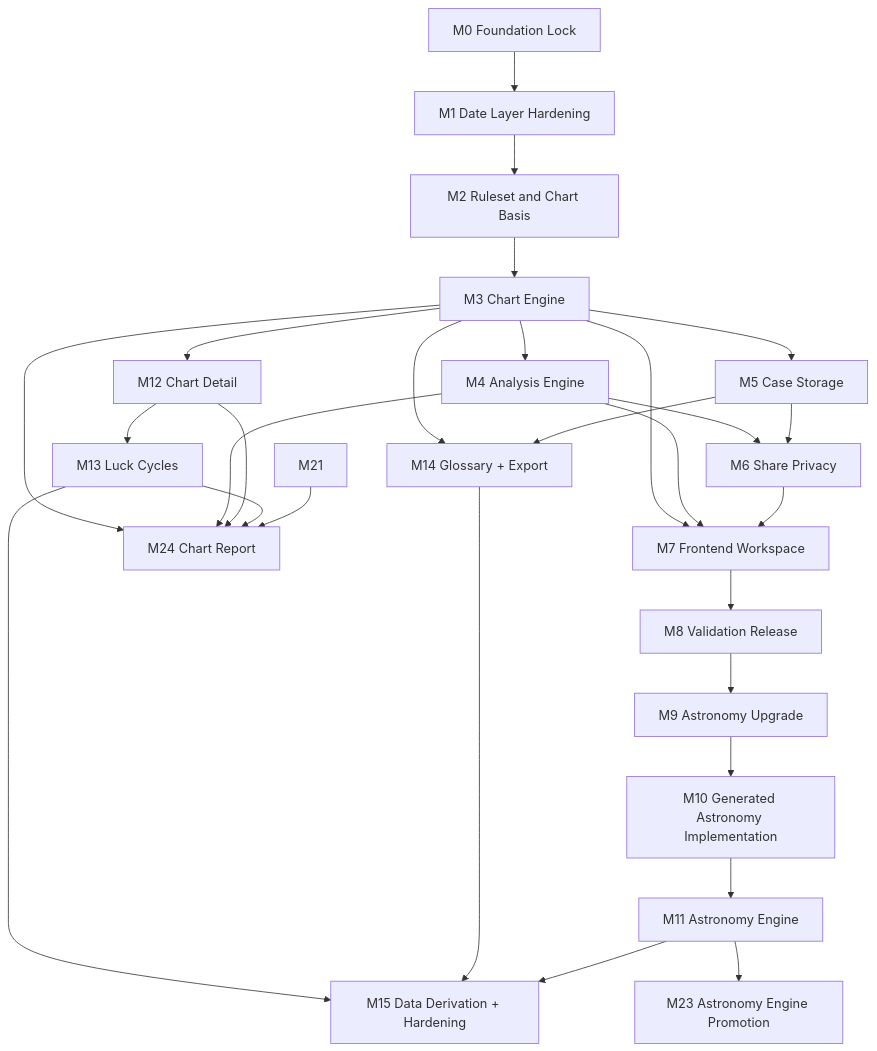
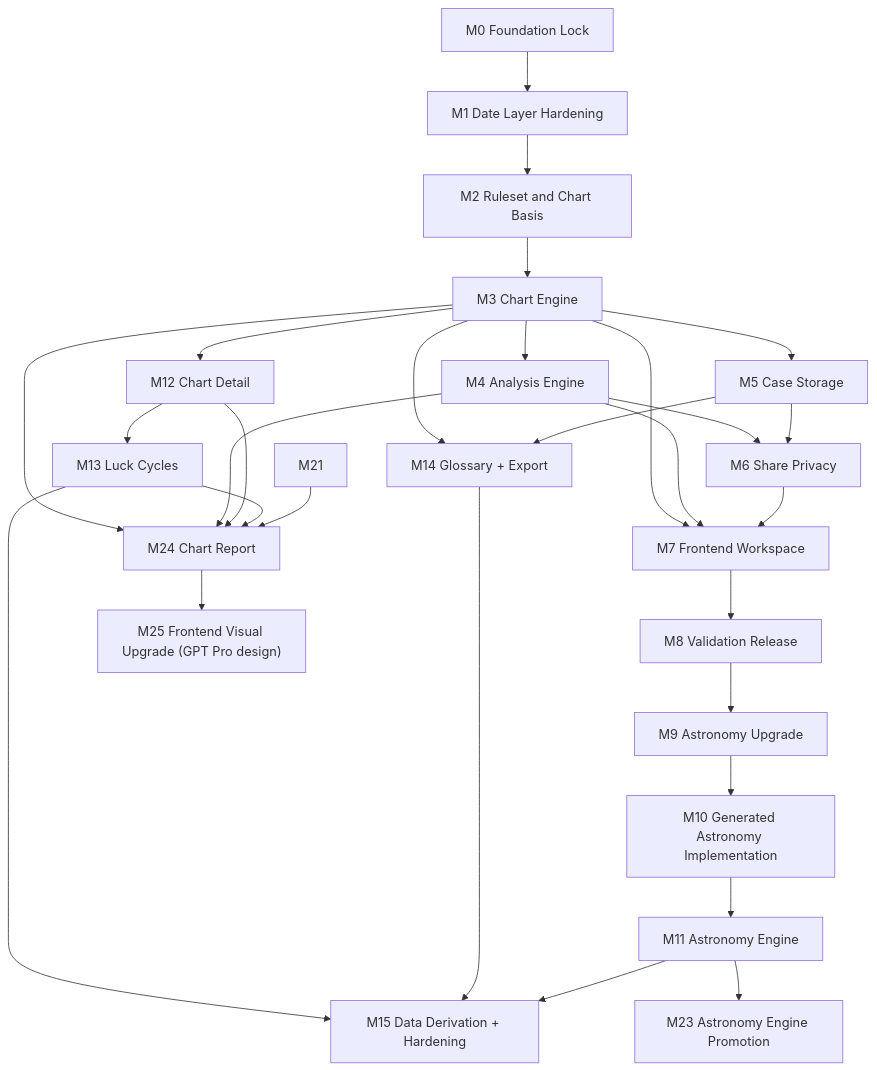
The diagram in markdown/20-roadmap/00-roadmap-index.md (han243786/Fate-Track), drawn with Mermaid before and after one commit. The commit also changed other lines of this file and 10 other files, not shown here.

First line of the commit message:
M25: GPT Pro frontend visual upgrade

````diff
--- a/markdown/20-roadmap/00-roadmap-index.md
+++ b/markdown/20-roadmap/00-roadmap-index.md
@@ -130,30 +131,31 @@
 ```mermaid
 flowchart TD
     M0["M0 Foundation Lock"] --> M1["M1 Date Layer Hardening"]
     M1 --> M2["M2 Ruleset and Chart Basis"]
     M2 --> M3["M3 Chart Engine"]
     M3 --> M4["M4 Analysis Engine"]
     M3 --> M5["M5 Case Storage"]
     M4 --> M6["M6 Share Privacy"]
     M5 --> M6
     M3 --> M7["M7 Frontend Workspace"]
     M4 --> M7
     M6 --> M7
     M7 --> M8["M8 Validation Release"]
     M8 --> M9["M9 Astronomy Upgrade"]
     M9 --> M10["M10 Generated Astronomy Implementation"]
     M10 --> M11["M11 Astronomy Engine"]
     M3 --> M12["M12 Chart Detail"]
     M12 --> M13["M13 Luck Cycles"]
     M3 --> M14["M14 Glossary + Export"]
     M5 --> M14
     M13 --> M15["M15 Data Derivation + Hardening"]
     M14 --> M15
     M11 --> M15
     M11 --> M23["M23 Astronomy Engine Promotion"]
     M3 --> M24["M24 Chart Report"]
     M4 --> M24
     M12 --> M24
     M13 --> M24
     M21 --> M24
+    M24 --> M25["M25 Frontend Visual Upgrade (GPT Pro design)"]
 ```
````
